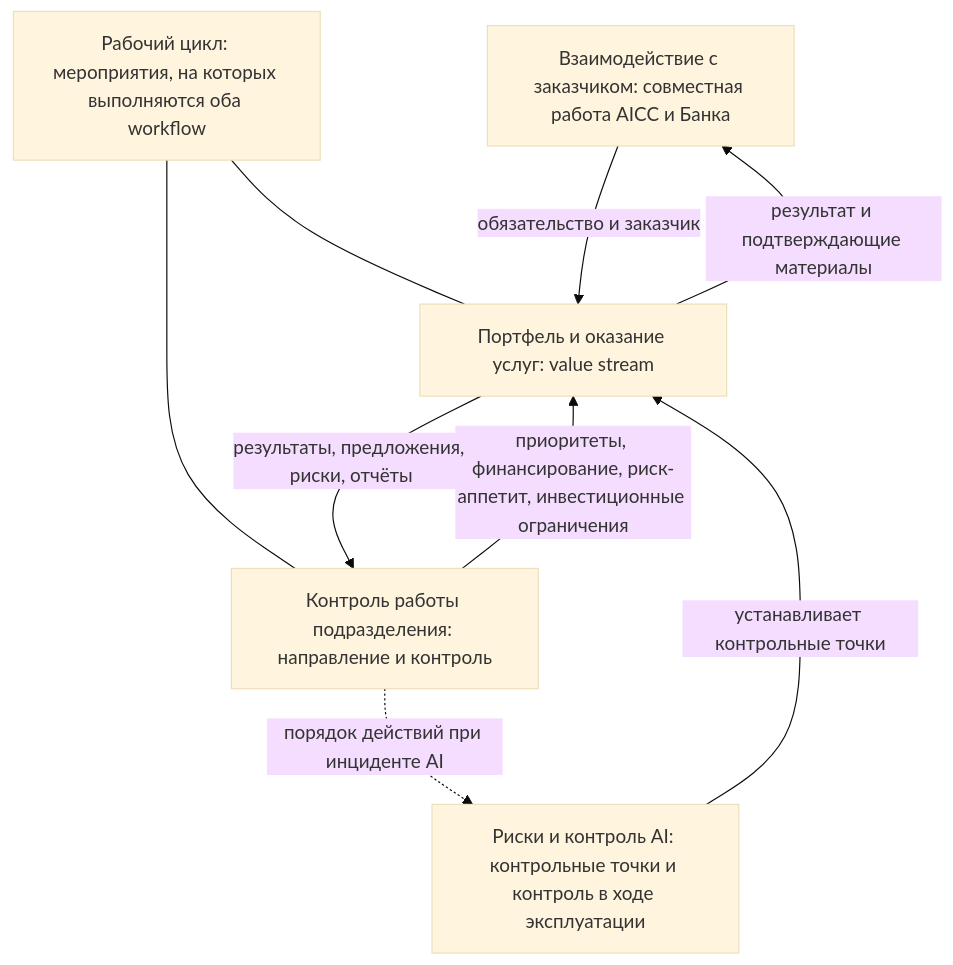
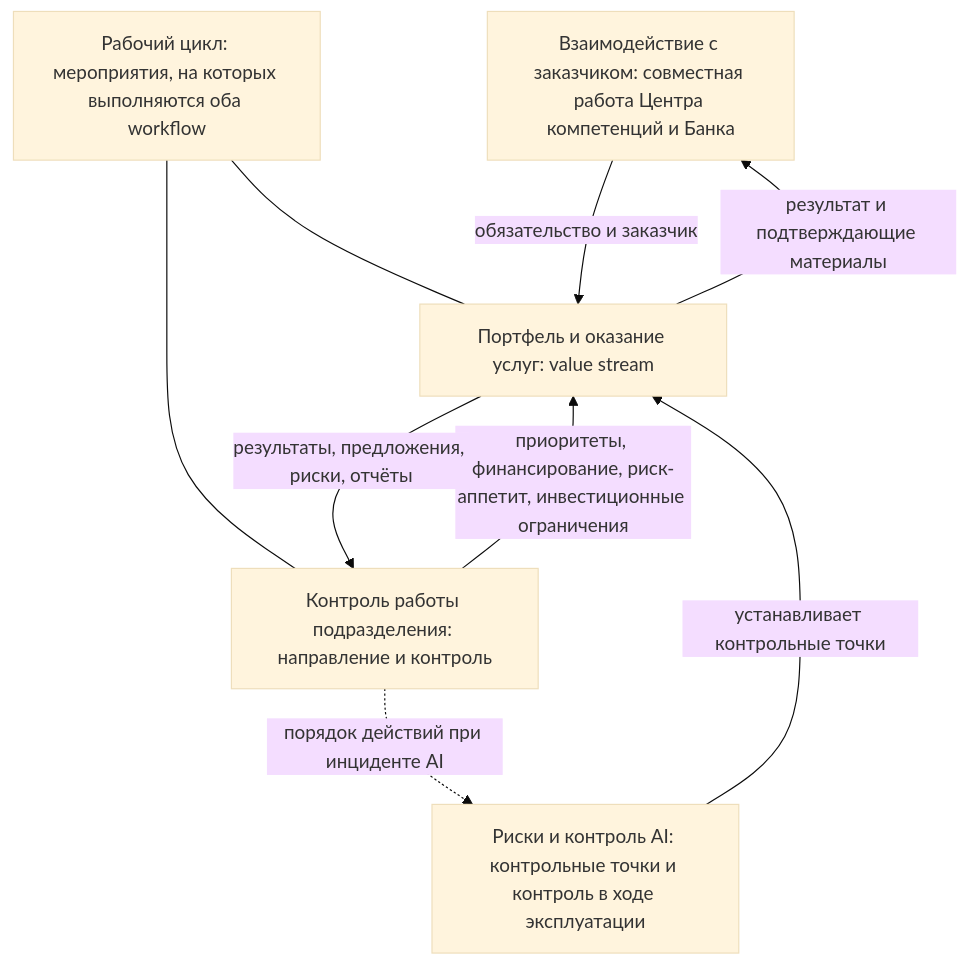
One commit to devhogu/ob-aicc changed the diagram in charter/ru/workflows/README.md. Above: the diagram before and after it, drawn with Mermaid (base theme). The commit also changed other lines of this file and 1149 other files, not shown here.

````diff
--- a/charter/ru/workflows/README.md
+++ b/charter/ru/workflows/README.md
@@ -24,16 +24,16 @@
 ```mermaid
 flowchart TB
-  E["Взаимодействие с заказчиком: совместная работа AICC и Банка"]
+  E["Взаимодействие с заказчиком: совместная работа Центра компетенций и Банка"]
   G["Контроль работы подразделения: направление и контроль"]
   S["Портфель и оказание услуг: value stream"]
   R["Риски и контроль AI: контрольные точки и контроль в ходе эксплуатации"]
   C["Рабочий цикл: мероприятия, на которых выполняются оба workflow"]
   E -->|"обязательство и заказчик"| S
   S -->|"результат и подтверждающие материалы"| E
   G -->|"приоритеты, финансирование, риск-аппетит, инвестиционные ограничения"| S
   S -->|"результаты, предложения, риски, отчёты"| G
   R -->|"устанавливает контрольные точки"| S
   G -.->|"порядок действий при инциденте AI"| R
   C --- G
   C --- S
 ```
````
